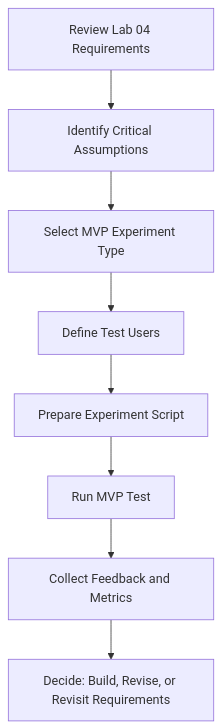
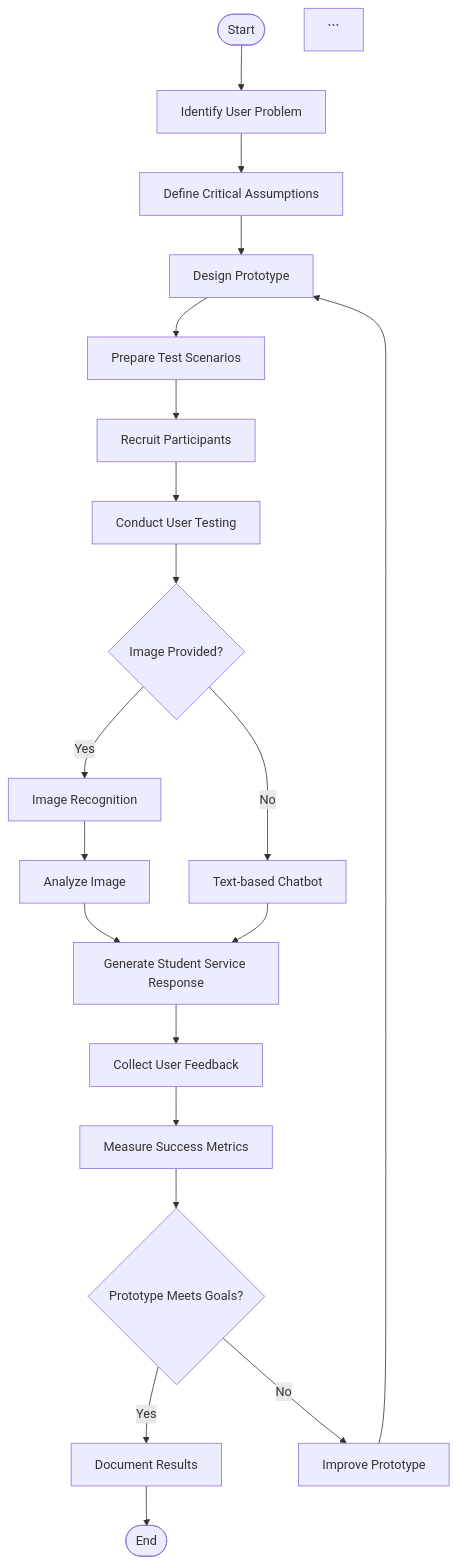
The diagram in diagrams/experiment-flow.mmd (BiBicreator/ICT111-RSUROOKIE-MVP), drawn with Mermaid before and after one commit.

````diff
--- a/diagrams/experiment-flow.mmd
+++ b/diagrams/experiment-flow.mmd
@@ -1,9 +1,32 @@
 
 flowchart TD
-    A[Review Lab 04 Requirements] --> B[Identify Critical Assumptions]
-    B --> C[Select MVP Experiment Type]
-    C --> D[Define Test Users]
-    D --> E[Prepare Experiment Script]
-    E --> F[Run MVP Test]
-    F --> G[Collect Feedback and Metrics]
-    G --> H[Decide: Build, Revise, or Revisit Requirements]
+    A([Start]) --> B[Identify User Problem]
+    B --> C[Define Critical Assumptions]
+
+    C --> D[Design Prototype]
+    D --> E[Prepare Test Scenarios]
+
+    E --> F[Recruit Participants]
+    F --> G[Conduct User Testing]
+
+    G --> H{Image Provided?}
+
+    H -->|Yes| I[Image Recognition]
+    I --> J[Analyze Image]
+
+    H -->|No| K[Text-based Chatbot]
+
+    J --> L[Generate Student Service Response]
+    K --> L
+
+    L --> M[Collect User Feedback]
+
+    M --> N[Measure Success Metrics]
+    N --> O{Prototype Meets Goals?}
+
+    O -->|Yes| P[Document Results]
+    O -->|No| Q[Improve Prototype]
+    Q --> D
+
+    P --> R([End])
+```
````
